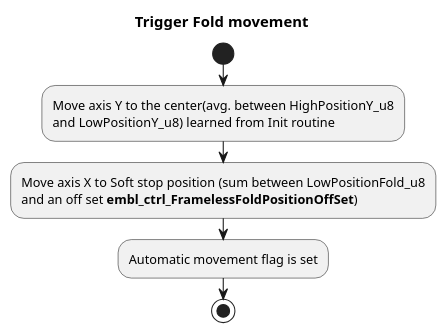
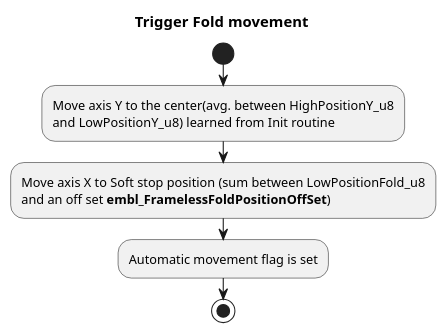
Before and after one commit to GalbinitaSebastian97/PersonalDevelopment: the fifth of 10 diagrams in package/ExteriorMirrorLibrary/docs/SoftwareDetailDesign/mirrorFrameless_sdd.rst, drawn with PlantUML. The commit also changed other lines of this file and 9 other files, not shown here.

```diff
--- a/package/ExteriorMirrorLibrary/docs/SoftwareDetailDesign/mirrorFrameless_sdd.rst
+++ b/package/ExteriorMirrorLibrary/docs/SoftwareDetailDesign/mirrorFrameless_sdd.rst
@@ -330,11 +330,11 @@
    .. uml::
       @startuml
       title "Trigger Fold movement"
       start
       :Move axis Y to the center(avg. between HighPositionY_u8
       and LowPositionY_u8) learned from Init routine;
       :Move axis X to Soft stop position (sum between LowPositionFold_u8
-      and an off set **embl_ctrl_FramelessFoldPositionOffSet**);
+      and an off set **embl_FramelessFoldPositionOffSet**);
       :Automatic movement flag is set;
       stop
       @enduml
```
